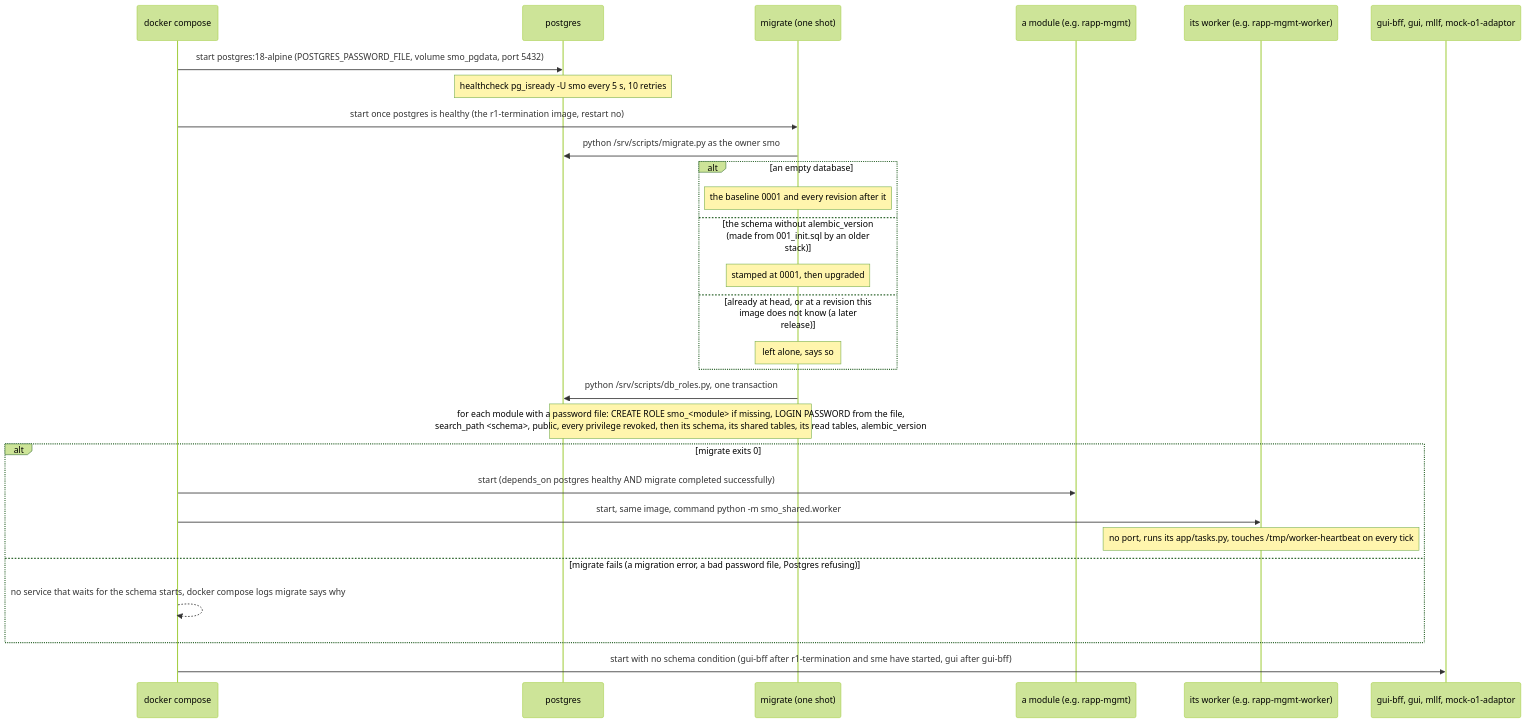
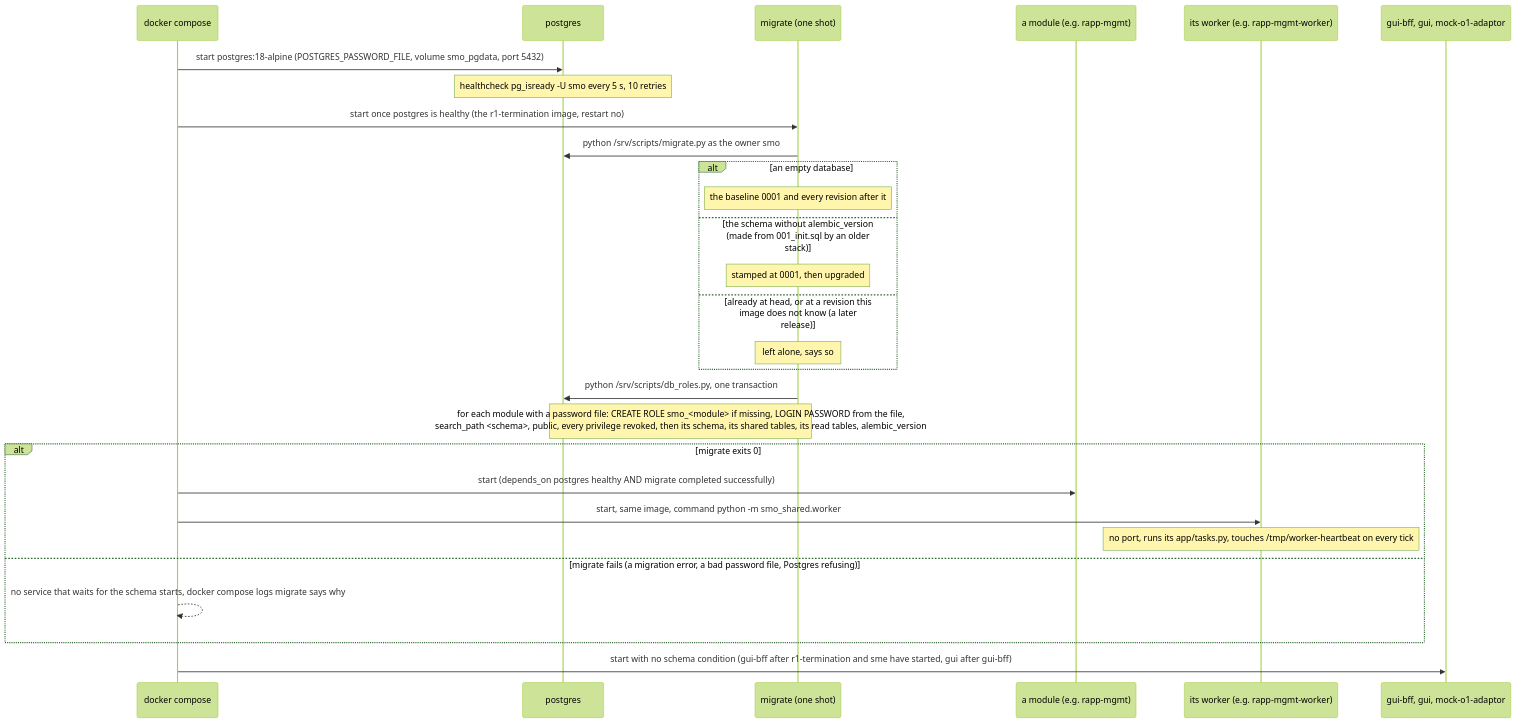
Before and after one commit to rsys-bshankar/ai-ran-smo: the second of 5 diagrams in smo/docs/call-flows/28-docker-compose-deployment.md, drawn with Mermaid (forest theme). The commit also changed other lines of this file and 265 other files, not shown here.

````diff
--- a/smo/docs/call-flows/28-docker-compose-deployment.md
+++ b/smo/docs/call-flows/28-docker-compose-deployment.md
@@ -65,31 +65,31 @@
 ```mermaid
 sequenceDiagram
     participant DC as docker compose
     participant PG as postgres
     participant M as migrate (one shot)
     participant S as a module (e.g. rapp-mgmt)
     participant W as its worker (e.g. rapp-mgmt-worker)
-    participant G as gui-bff, gui, mllf, mock-o1-adaptor
+    participant G as gui-bff, gui, mock-o1-adaptor
 
     DC->>PG: start postgres:18-alpine (POSTGRES_PASSWORD_FILE, volume smo_pgdata, port 5432)
     Note over PG: healthcheck pg_isready -U smo every 5 s, 10 retries
     DC->>M: start once postgres is healthy (the r1-termination image, restart no)
     M->>PG: python /srv/scripts/migrate.py as the owner smo
     alt an empty database
         Note over M: the baseline 0001 and every revision after it
     else the schema without alembic_version (made from 001_init.sql by an older stack)
         Note over M: stamped at 0001, then upgraded
     else already at head, or at a revision this image does not know (a later release)
         Note over M: left alone, says so
     end
     M->>PG: python /srv/scripts/db_roles.py, one transaction
     Note over M,PG: for each module with a password file: CREATE ROLE smo_<module> if missing, LOGIN PASSWORD from the file,<br/>search_path <schema>, public, every privilege revoked, then its schema, its shared tables, its read tables, alembic_version
     alt migrate exits 0
         DC->>S: start (depends_on postgres healthy AND migrate completed successfully)
         DC->>W: start, same image, command python -m smo_shared.worker
         Note over W: no port, runs its app/tasks.py, touches /tmp/worker-heartbeat on every tick
     else migrate fails (a migration error, a bad password file, Postgres refusing)
         DC-->>DC: no service that waits for the schema starts, docker compose logs migrate says why
     end
     DC->>G: start with no schema condition (gui-bff after r1-termination and sme have started, gui after gui-bff)
 ```
````
